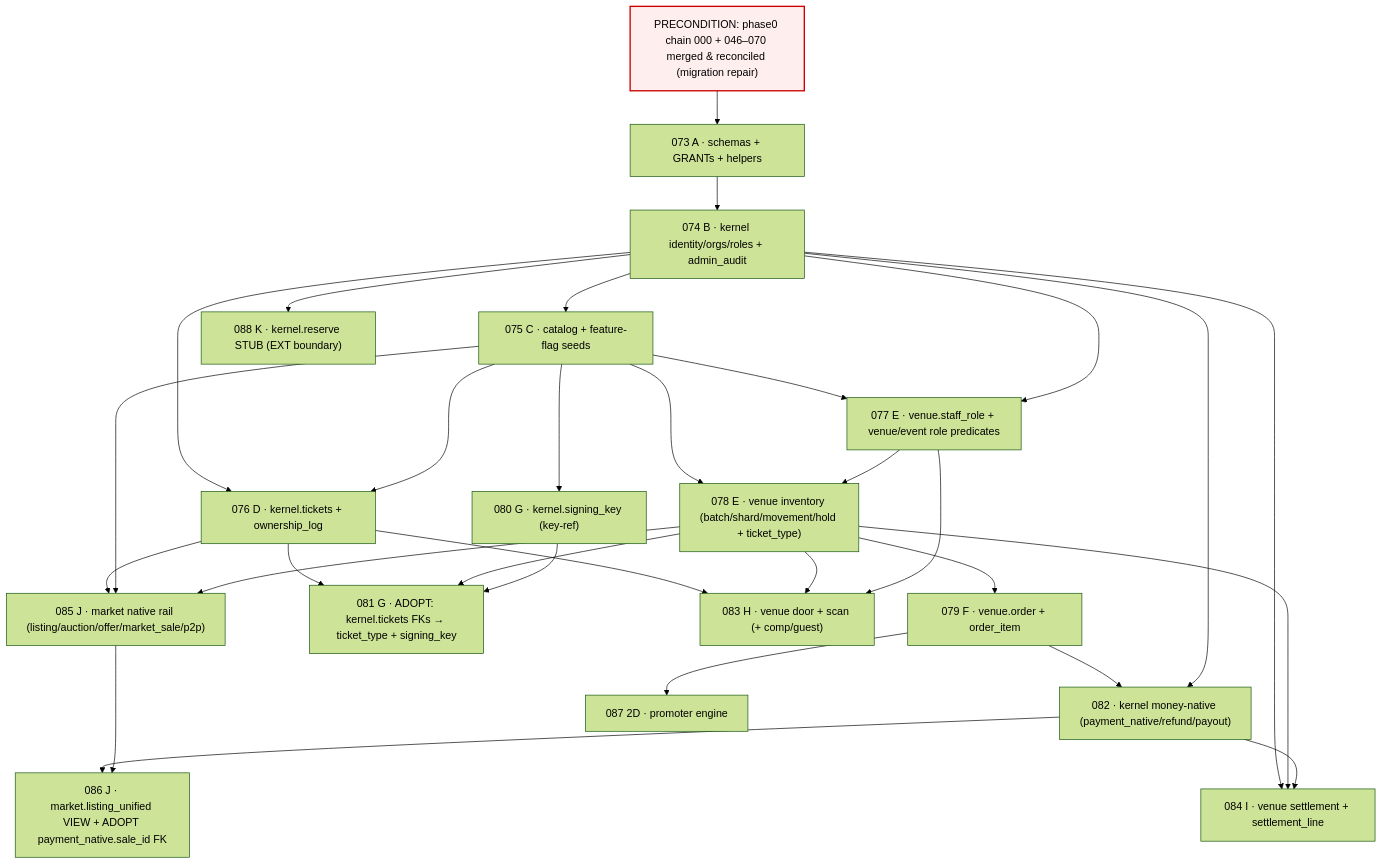
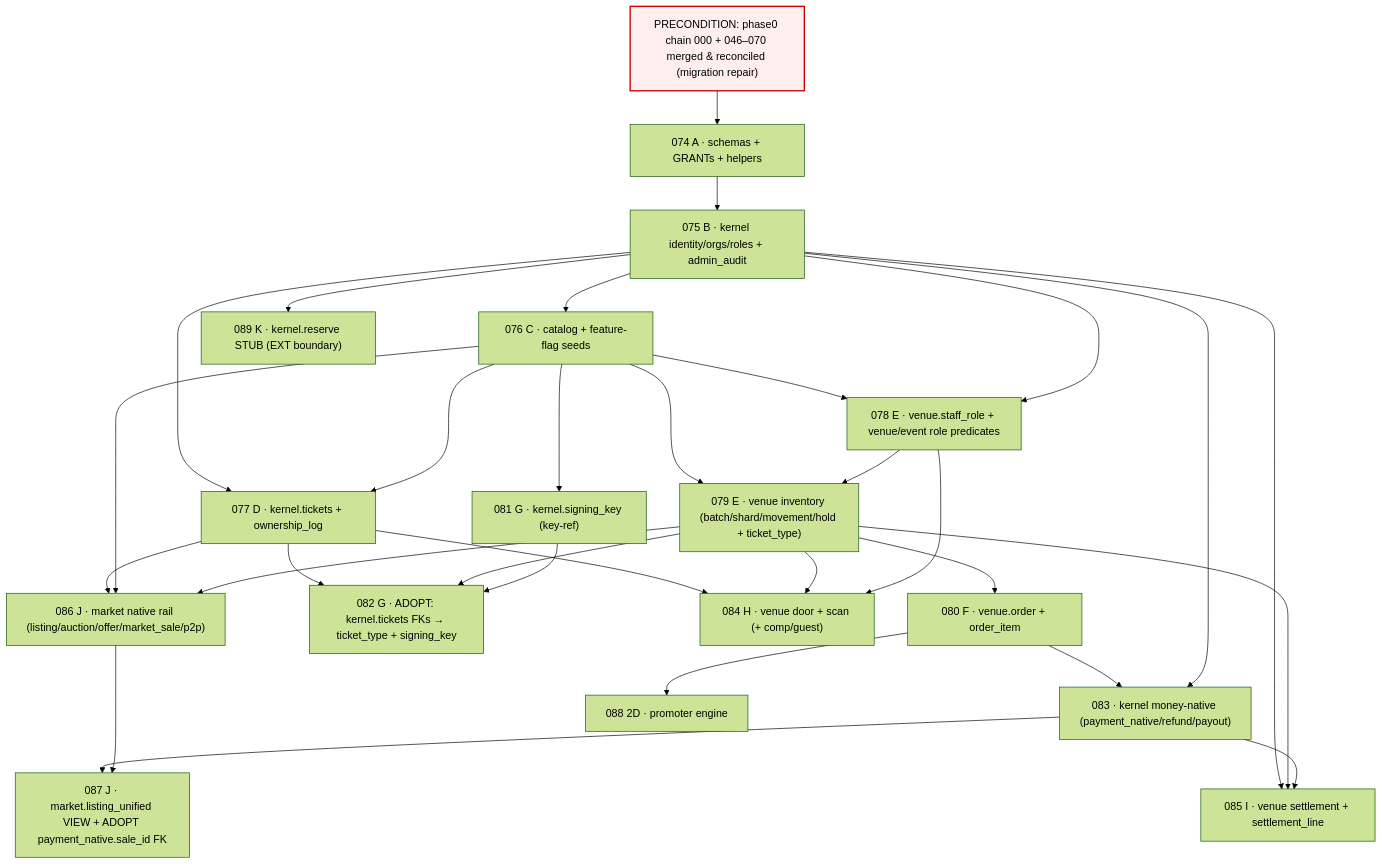
The diagram in docs/architecture/PHASE_2_SUPABASE_MIGRATION_PLAN.md (SnatchIt-app/snatchit), drawn with Mermaid (forest theme) before and after one commit. The commit also changed other lines of this file, not shown here.

````diff
--- a/docs/architecture/PHASE_2_SUPABASE_MIGRATION_PLAN.md
+++ b/docs/architecture/PHASE_2_SUPABASE_MIGRATION_PLAN.md
@@ -212,50 +236,50 @@
 ```mermaid
 graph TD
     P0["PRECONDITION: phase0 chain 000 + 046–070 merged & reconciled (migration repair)"]:::pre
 
-    A073["073 A · schemas + GRANTs + helpers"]
-    B074["074 B · kernel identity/orgs/roles + admin_audit"]
-    C075["075 C · catalog + feature-flag seeds"]
-    D076["076 D · kernel.tickets + ownership_log"]
-    E077["077 E · venue.staff_role + venue/event role predicates"]
-    E078["078 E · venue inventory (batch/shard/movement/hold + ticket_type)"]
-    F079["079 F · venue.order + order_item"]
-    G080["080 G · kernel.signing_key (key-ref)"]
-    G081["081 G · ADOPT: kernel.tickets FKs → ticket_type + signing_key"]
-    M082["082 · kernel money-native (payment_native/refund/payout)"]
-    H083["083 H · venue door + scan (+ comp/guest)"]
-    I084["084 I · venue settlement + settlement_line"]
-    J085["085 J · market native rail (listing/auction/offer/market_sale/p2p)"]
-    J086["086 J · market.listing_unified VIEW + ADOPT payment_native.sale_id FK"]
-    D087["087 2D · promoter engine"]
-    K088["088 K · kernel.reserve STUB (EXT boundary)"]
+    A074["074 A · schemas + GRANTs + helpers"]
+    B075["075 B · kernel identity/orgs/roles + admin_audit"]
+    C076["076 C · catalog + feature-flag seeds"]
+    D077["077 D · kernel.tickets + ownership_log"]
+    E078["078 E · venue.staff_role + venue/event role predicates"]
+    E079["079 E · venue inventory (batch/shard/movement/hold + ticket_type)"]
+    F080["080 F · venue.order + order_item"]
+    G081["081 G · kernel.signing_key (key-ref)"]
+    G082["082 G · ADOPT: kernel.tickets FKs → ticket_type + signing_key"]
+    M083["083 · kernel money-native (payment_native/refund/payout)"]
+    H084["084 H · venue door + scan (+ comp/guest)"]
+    I085["085 I · venue settlement + settlement_line"]
+    J086["086 J · market native rail (listing/auction/offer/market_sale/p2p)"]
+    J087["087 J · market.listing_unified VIEW + ADOPT payment_native.sale_id FK"]
+    D088["088 2D · promoter engine"]
+    K089["089 K · kernel.reserve STUB (EXT boundary)"]
 
-    P0 --> A073 --> B074 --> C075
-    B074 --> D076
-    C075 --> D076
-    C075 --> E077
-    B074 --> E077
-    C075 --> E078
-    E077 --> E078
-    E078 --> F079
-    C075 --> G080
-    D076 --> G081
-    E078 --> G081
-    G080 --> G081
-    F079 --> M082
-    B074 --> M082
-    D076 --> H083
-    E078 --> H083
-    E077 --> H083
-    B074 --> I084
-    E078 --> I084
-    M082 --> I084
-    D076 --> J085
-    C075 --> J085
-    E078 --> J085
-    M082 --> J086
-    J085 --> J086
-    F079 --> D087
-    B074 --> K088
+    P0 --> A074 --> B075 --> C076
+    B075 --> D077
+    C076 --> D077
+    C076 --> E078
+    B075 --> E078
+    C076 --> E079
+    E078 --> E079
+    E079 --> F080
+    C076 --> G081
+    D077 --> G082
+    E079 --> G082
+    G081 --> G082
+    F080 --> M083
+    B075 --> M083
+    D077 --> H084
+    E079 --> H084
+    E078 --> H084
+    B075 --> I085
+    E079 --> I085
+    M083 --> I085
+    D077 --> J086
+    C076 --> J086
+    E079 --> J086
+    M083 --> J087
+    J086 --> J087
+    F080 --> D088
+    B075 --> K089
     classDef pre fill:#fee,stroke:#c00,stroke-width:2px;
 ```
````
